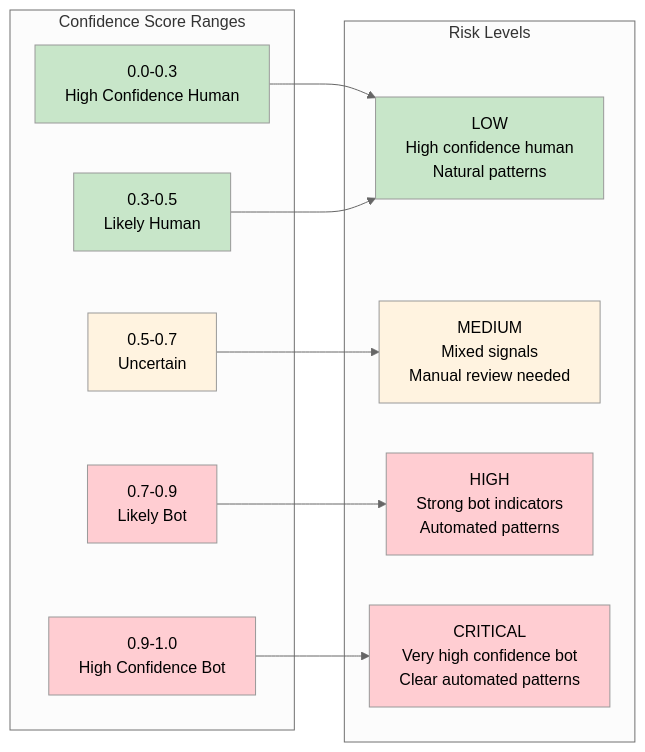
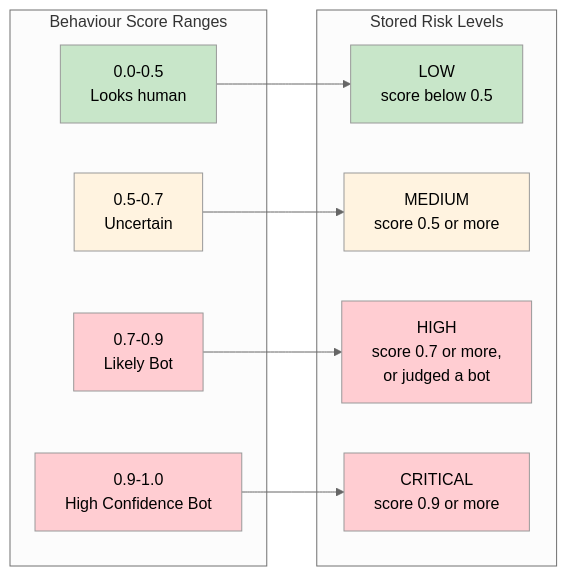
The seventh of 15 diagrams in bot_detection_flow.md (halderavik/bot_detection_live), drawn with Mermaid (neutral theme) before and after one commit. The commit also changed other lines of this file and 19 other files, not shown here.

````diff
--- a/bot_detection_flow.md
+++ b/bot_detection_flow.md
@@ -590,33 +621,30 @@
 ```mermaid
 graph LR
-    subgraph "Confidence Score Ranges"
-        A[0.0-0.3<br/>High Confidence Human]
-        B[0.3-0.5<br/>Likely Human]
+    subgraph "Behaviour Score Ranges"
+        A[0.0-0.5<br/>Looks human]
         C[0.5-0.7<br/>Uncertain]
         D[0.7-0.9<br/>Likely Bot]
         E[0.9-1.0<br/>High Confidence Bot]
     end
     
-    subgraph "Risk Levels"
-        F[LOW<br/>High confidence human<br/>Natural patterns]
-        G[MEDIUM<br/>Mixed signals<br/>Manual review needed]
-        H[HIGH<br/>Strong bot indicators<br/>Automated patterns]
-        I[CRITICAL<br/>Very high confidence bot<br/>Clear automated patterns]
+    subgraph "Stored Risk Levels"
+        F[LOW<br/>score below 0.5]
+        G[MEDIUM<br/>score 0.5 or more]
+        H[HIGH<br/>score 0.7 or more,<br/>or judged a bot]
+        I[CRITICAL<br/>score 0.9 or more]
     end
     
     A --> F
-    B --> F
     C --> G
     D --> H
     E --> I
     
     style A fill:#c8e6c9
-    style B fill:#c8e6c9
     style C fill:#fff3e0
     style D fill:#ffcdd2
     style E fill:#ffcdd2
     style F fill:#c8e6c9
     style G fill:#fff3e0
     style H fill:#ffcdd2
     style I fill:#ffcdd2
 ```
````
